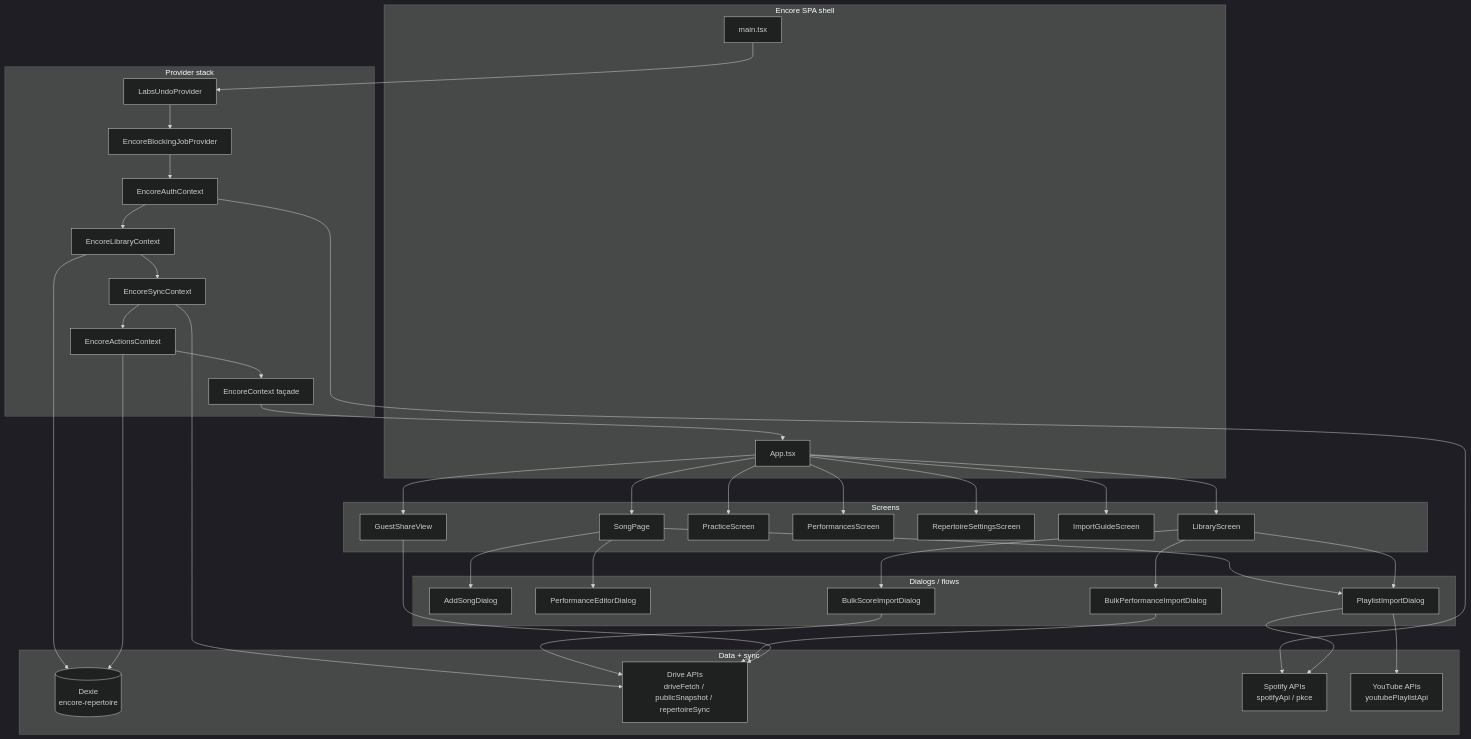
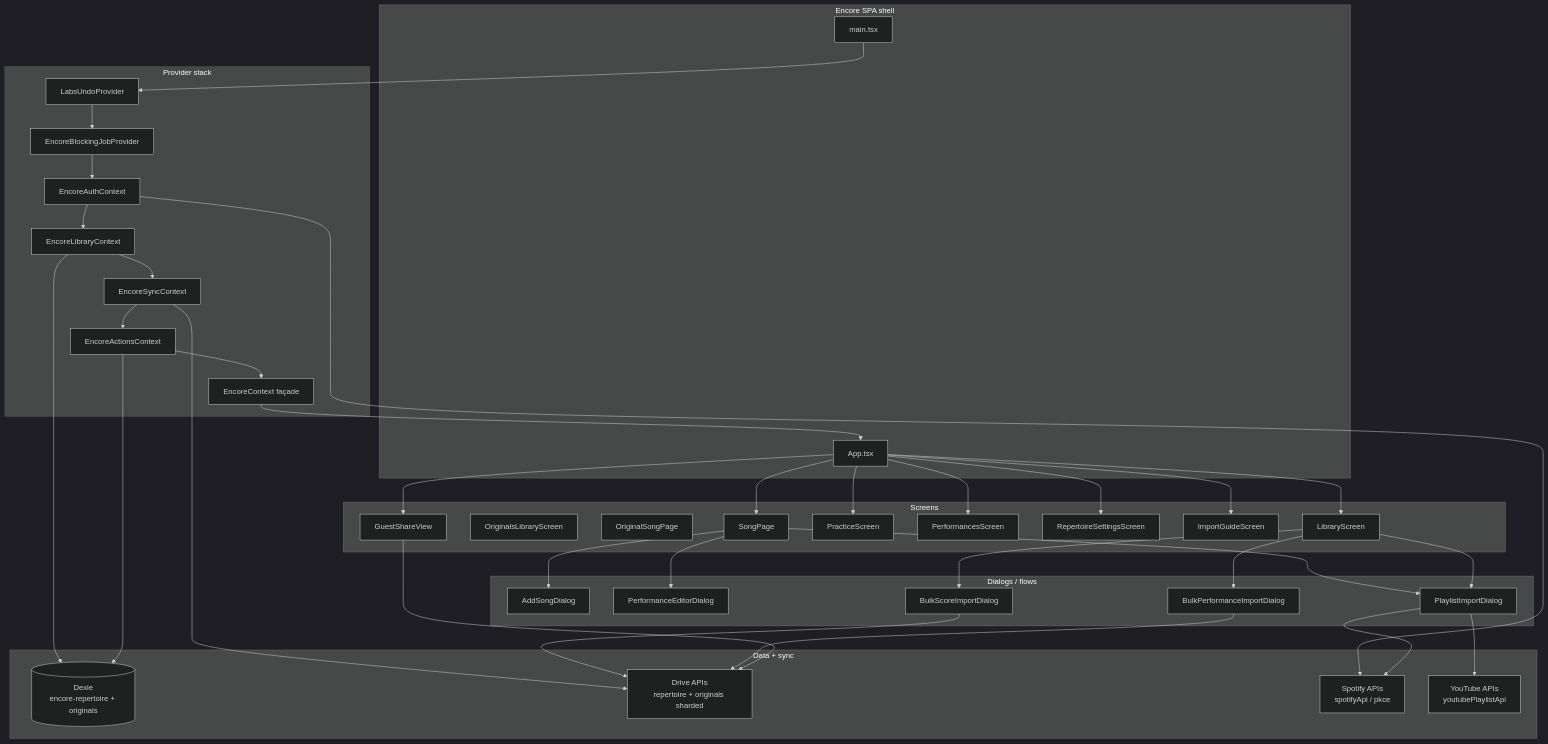
One commit to tiffz/labs changed the first of 2 diagrams in src/encore/ARCHITECTURE.md. Above: the diagram before and after it, drawn with Mermaid (dark theme). The commit also changed other lines of this file and 181 other files, not shown here.

Commit message:
add originals support to Encore and fix Stanza regressions.

````diff
--- a/src/encore/ARCHITECTURE.md
+++ b/src/encore/ARCHITECTURE.md
@@ -7,56 +7,58 @@
 ```mermaid
 flowchart TB
   subgraph App[Encore SPA shell]
     main[main.tsx]
     appRoot[App.tsx]
   end
 
   subgraph Providers[Provider stack]
     undo[LabsUndoProvider]
     blocking[EncoreBlockingJobProvider]
     auth[EncoreAuthContext]
     library[EncoreLibraryContext]
     sync[EncoreSyncContext]
     actions[EncoreActionsContext]
     encoreCtx[EncoreContext façade]
   end
 
   subgraph Screens[Screens]
     libraryScreen[LibraryScreen]
+    originalsLib[OriginalsLibraryScreen]
+    originalsPage[OriginalSongPage]
     songPage[SongPage]
     practice[PracticeScreen]
     perf[PerformancesScreen]
     repSettings[RepertoireSettingsScreen]
     importGuide[ImportGuideScreen]
     guest[GuestShareView]
   end
 
   subgraph Dialogs[Dialogs / flows]
     addSong[AddSongDialog]
     perfEditor[PerformanceEditorDialog]
     bulkScore[BulkScoreImportDialog]
     bulkPerf[BulkPerformanceImportDialog]
     playlistImport[PlaylistImportDialog]
   end
 
   subgraph Data[Data + sync]
-    db[(Dexie<br/>encore-repertoire)]
-    drive[Drive APIs<br/>driveFetch / publicSnapshot / repertoireSync]
+    db[(Dexie<br/>encore-repertoire + originals)]
+    drive[Drive APIs<br/>repertoire + originals sharded]
     spotify[Spotify APIs<br/>spotifyApi / pkce]
     youtube[YouTube APIs<br/>youtubePlaylistApi]
   end
 
   main --> undo --> blocking --> auth --> library --> sync --> actions --> encoreCtx --> appRoot
   appRoot --> libraryScreen & songPage & practice & perf & repSettings & importGuide & guest
   songPage --> addSong & perfEditor & playlistImport
   libraryScreen --> bulkScore & bulkPerf & playlistImport
   library --> db
   sync --> drive
   actions --> db
   auth --> spotify
   playlistImport --> spotify
   playlistImport --> youtube
   bulkScore --> drive
   bulkPerf --> drive
   guest --> drive
 ```
````
